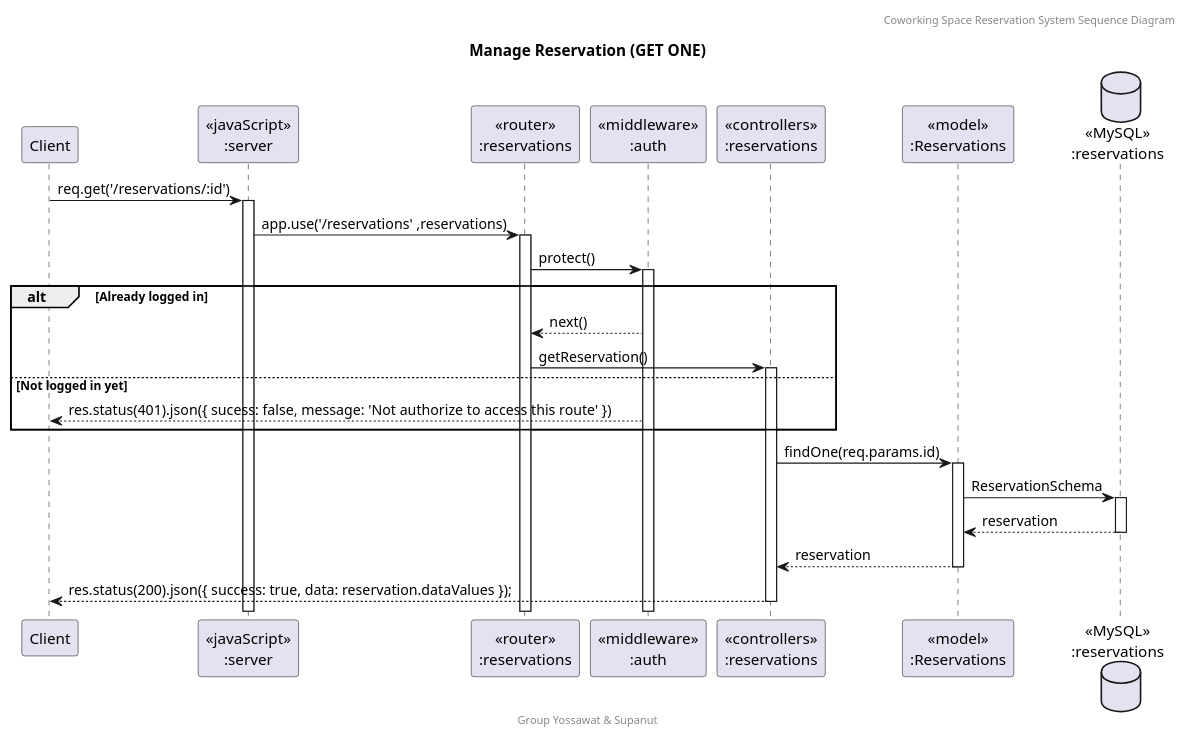
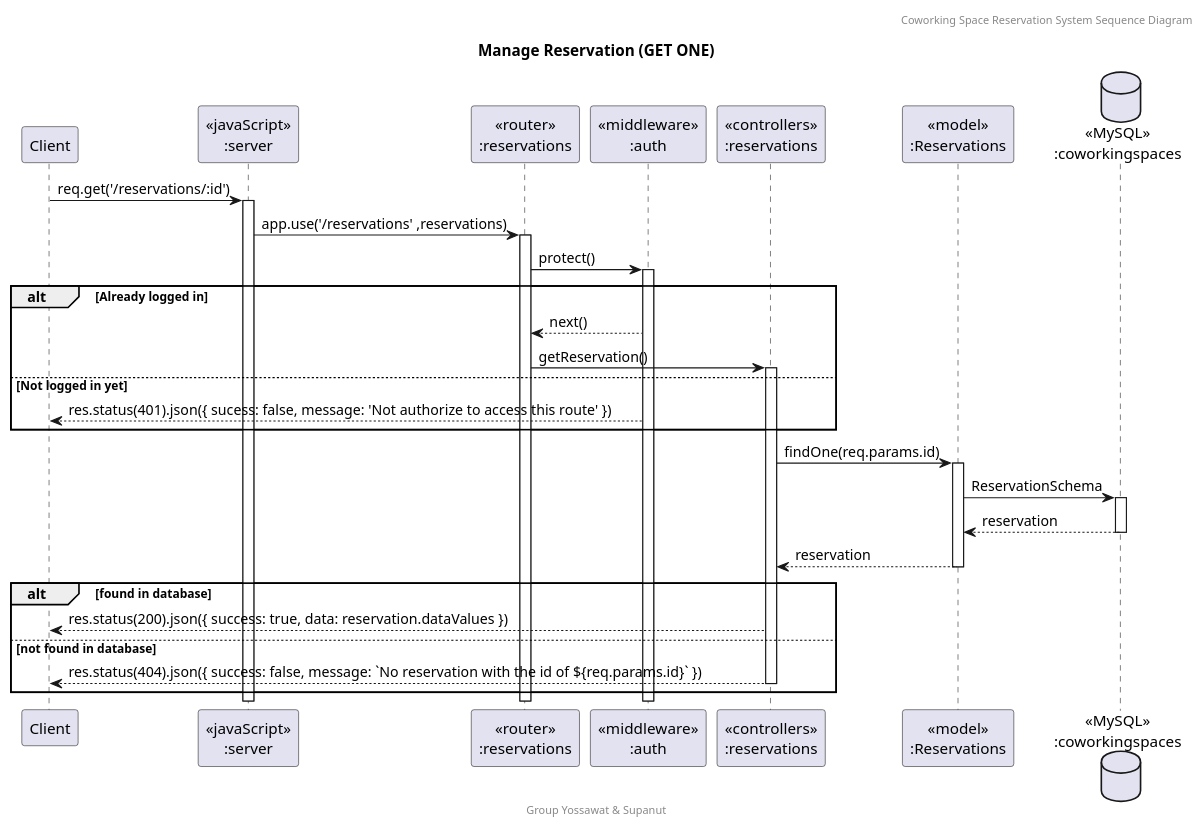
Before and after one commit to SupanutT/sw-dev-prac-project: the diagram in doc/Sequence Diagram/puml/Re_Get_One.puml, drawn with PlantUML. The commit also changed 29 other files, not shown here.

Commit message:
feat: add png for every diagram

```diff
--- a/doc/Sequence Diagram/puml/Re_Get_One.puml
+++ b/doc/Sequence Diagram/puml/Re_Get_One.puml
@@ -1,30 +1,34 @@
 @startuml Manage Reservation (GET ONE)
 
 header Coworking Space Reservation System Sequence Diagram
 footer Group Yossawat & Supanut
 title "Manage Reservation (GET ONE)"
 
 participant "Client" as client
 participant "<<javaScript>>\n:server" as server
 participant "<<router>>\n:reservations" as routerReservations
 participant "<<middleware>>\n:auth" as middleware
 participant "<<controllers>>\n:reservations" as controllersReservations
 participant "<<model>>\n:Reservations" as modelReservation
-database "<<MySQL>>\n:reservations" as ReservationsDatabase
+database "<<MySQL>>\n:coworkingspaces" as CoworkingSpacesDatabase
 
 client -> server ++:req.get('/reservations/:id')
 server -> routerReservations ++:app.use('/reservations' ,reservations)
 routerReservations -> middleware ++:protect()
 alt Already logged in
     middleware --> routerReservations : next()
     routerReservations -> controllersReservations ++: getReservation()
 else Not logged in yet
     middleware --> client : res.status(401).json({ sucess: false, message: 'Not authorize to access this route' })
 end
 controllersReservations -> modelReservation ++: findOne(req.params.id)
-modelReservation -> ReservationsDatabase ++: ReservationSchema
-ReservationsDatabase --> modelReservation --: reservation
+modelReservation -> CoworkingSpacesDatabase ++: ReservationSchema
+CoworkingSpacesDatabase --> modelReservation --: reservation
 controllersReservations <-- modelReservation --: reservation
-controllersReservations --> client --:res.status(200).json({ success: true, data: reservation.dataValues });
+alt found in database
+    controllersReservations --> client :res.status(200).json({ success: true, data: reservation.dataValues })
+else not found in database
+    controllersReservations --> client --: res.status(404).json({ success: false, message: `No reservation with the id of ${req.params.id}` })
+end
 
 @enduml
```
